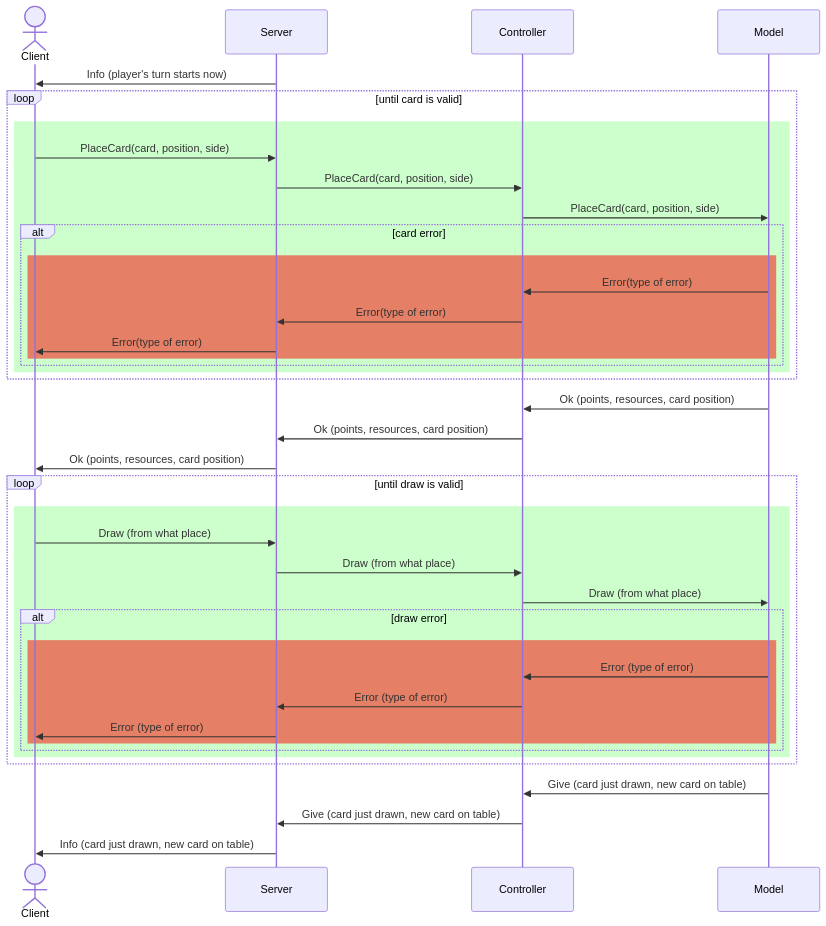
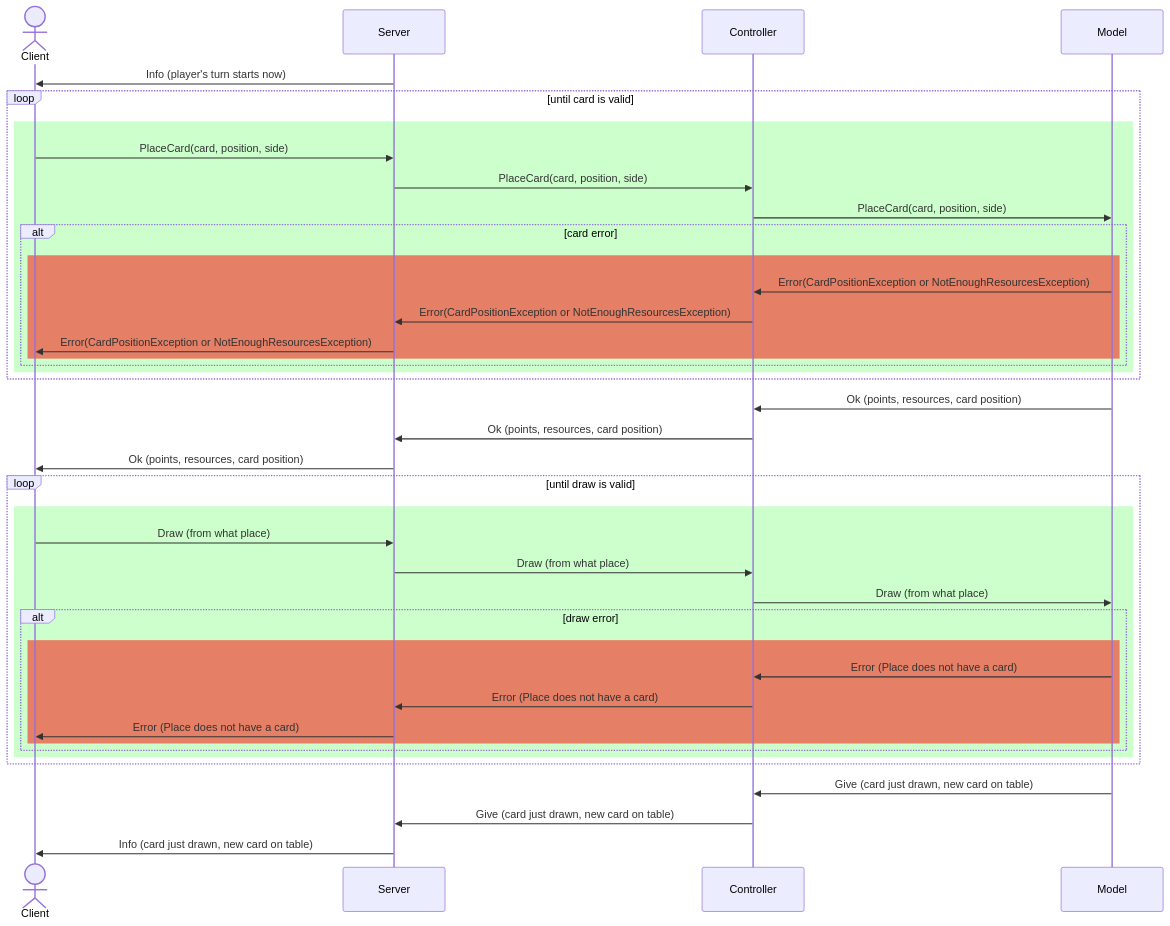
The third of 6 diagrams in deliverables/connection-serius.md (TheCaptainCraken/IS24-AM26), drawn with Mermaid before and after one commit. The commit also changed other lines of this file, not shown here.

````diff
--- a/deliverables/connection-serius.md
+++ b/deliverables/connection-serius.md
@@ -165,45 +165,45 @@
 ```mermaid
 sequenceDiagram
     actor Client
     participant Server
     participant Controller
     participant Model
     Server ->> Client: Info (player's turn starts now)
    
         loop until card is valid
         rect rgba(0, 255, 0, 0.2)
         Client ->> Server: PlaceCard(card, position, side)
         Server ->> Controller: PlaceCard(card, position, side)
         Controller ->> Model: PlaceCard(card, position, side)
             alt card error
                 rect rgba(255, 0, 0, 0.5)
-                Model ->> Controller: Error(type of error)
-                Controller ->> Server: Error(type of error)
-                Server ->> Client: Error(type of error)
+                Model ->> Controller: Error(CardPositionException or NotEnoughResourcesException)
+                Controller ->> Server: Error(CardPositionException or NotEnoughResourcesException)
+                Server ->> Client: Error(CardPositionException or NotEnoughResourcesException)
                 end 
             end
         end
         
         end
         Model ->> Controller: Ok (points, resources, card position)
         Controller ->> Server: Ok (points, resources, card position)
         Server ->> Client: Ok (points, resources, card position)
         loop until draw is valid
         rect rgba(0, 255, 0, 0.2)
         Client ->> Server: Draw (from what place)
             Server ->> Controller: Draw (from what place)
             Controller ->> Model: Draw (from what place)
             alt draw error
                 rect rgba(255, 0, 0, 0.5)
-                Model ->> Controller: Error (type of error)
-                Controller ->> Server: Error (type of error)
-                Server ->> Client: Error (type of error)
+                Model ->> Controller: Error (Place does not have a card)
+                Controller ->> Server: Error (Place does not have a card)
+                Server ->> Client: Error (Place does not have a card)
                 end
             end
         end
         end
         Model ->> Controller: Give (card just drawn, new card on table)
         Controller ->> Server: Give (card just drawn, new card on table)
         Server ->> Client: Info (card just drawn, new card on table)
 
 ```
````
